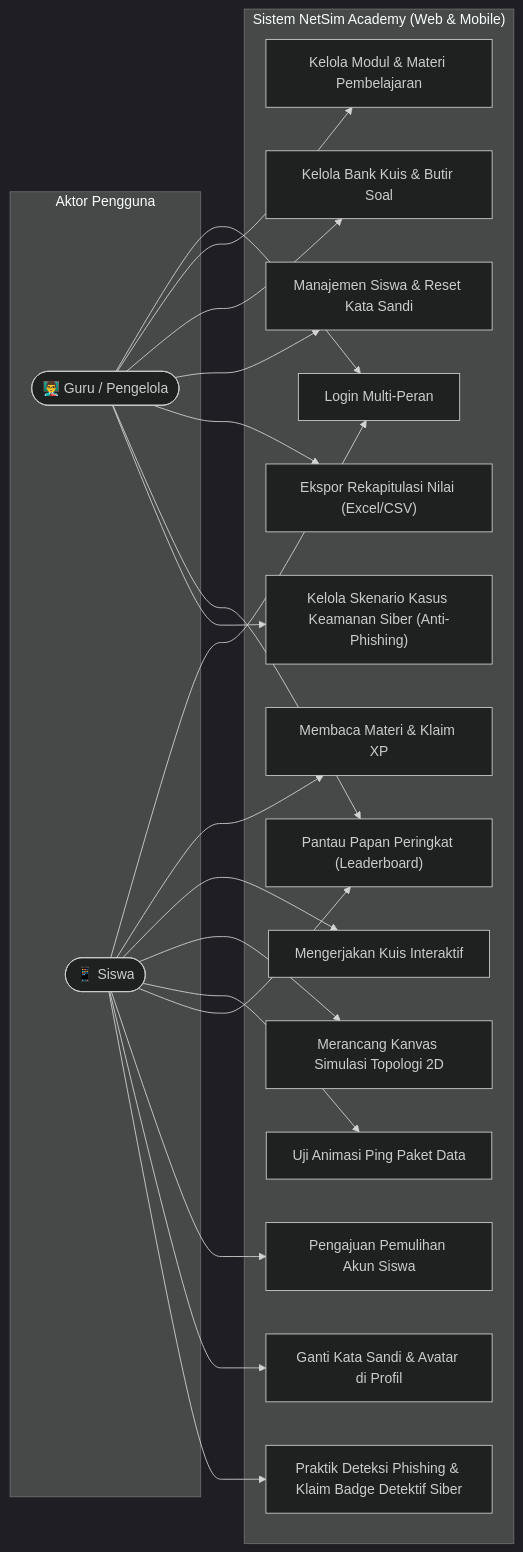
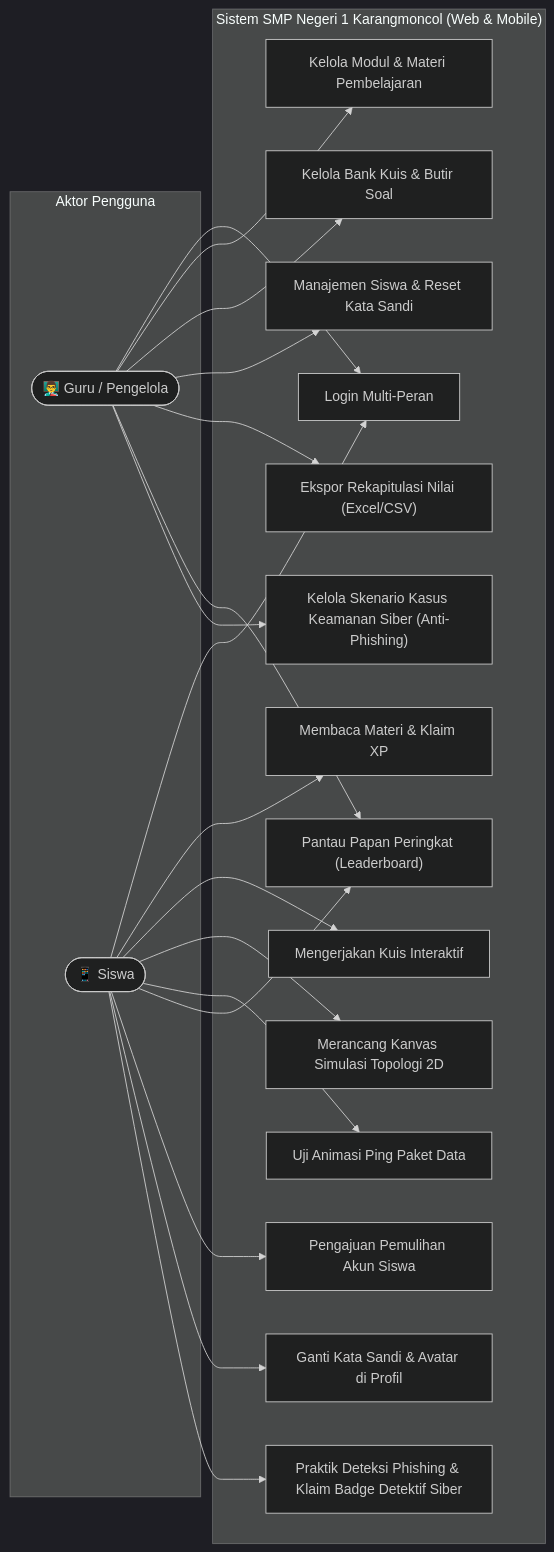
The first of 4 diagrams in README.md (dimasalvarizk/Aplikasi-Simulasi), drawn with Mermaid (dark theme) before and after one commit. The commit also changed other lines of this file and 27 other files, not shown here.

````diff
--- a/README.md
+++ b/README.md
@@ -37,42 +37,42 @@
 ```mermaid
 flowchart LR
     subgraph Pengguna ["Aktor Pengguna"]
         Guru(["👨‍🏫 Guru / Pengelola"])
         Siswa(["📱 Siswa"])
     end
 
-    subgraph Sistem ["Sistem NetSim Academy (Web & Mobile)"]
+    subgraph Sistem ["Sistem SMP Negeri 1 Karangmoncol (Web & Mobile)"]
         UC1["Login Multi-Peran"]
         UC2["Kelola Modul & Materi Pembelajaran"]
         UC3["Kelola Bank Kuis & Butir Soal"]
         UC4["Manajemen Siswa & Reset Kata Sandi"]
         UC5["Ekspor Rekapitulasi Nilai (Excel/CSV)"]
         UC6["Membaca Materi & Klaim XP"]
         UC7["Mengerjakan Kuis Interaktif"]
         UC8["Merancang Kanvas Simulasi Topologi 2D"]
         UC9["Uji Animasi Ping Paket Data"]
         UC10["Pantau Papan Peringkat (Leaderboard)"]
         UC11["Pengajuan Pemulihan Akun Siswa"]
         UC12["Ganti Kata Sandi & Avatar di Profil"]
         UC13["Kelola Skenario Kasus Keamanan Siber (Anti-Phishing)"]
         UC14["Praktik Deteksi Phishing & Klaim Badge Detektif Siber"]
     end
 
     Guru --> UC1
     Guru --> UC2
     Guru --> UC3
     Guru --> UC4
     Guru --> UC5
     Guru --> UC10
     Guru --> UC13
 
     Siswa --> UC1
     Siswa --> UC6
     Siswa --> UC7
     Siswa --> UC8
     Siswa --> UC9
     Siswa --> UC10
     Siswa --> UC11
     Siswa --> UC12
     Siswa --> UC14
 ```
````
